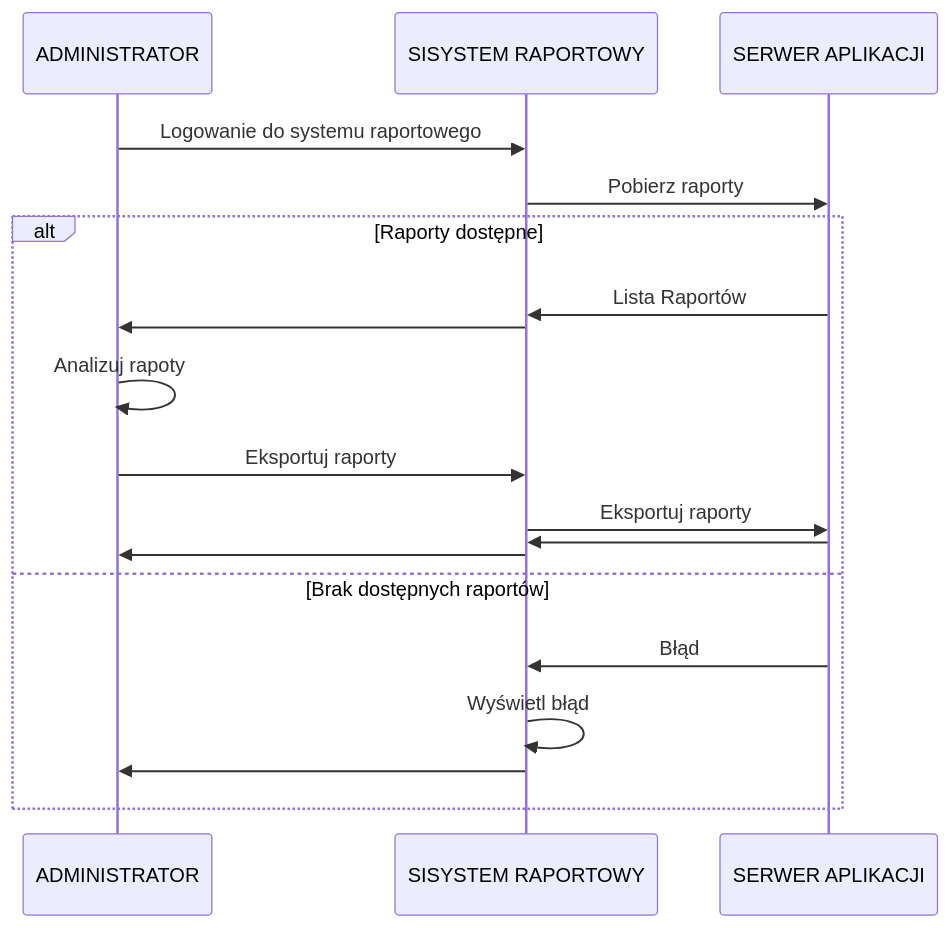
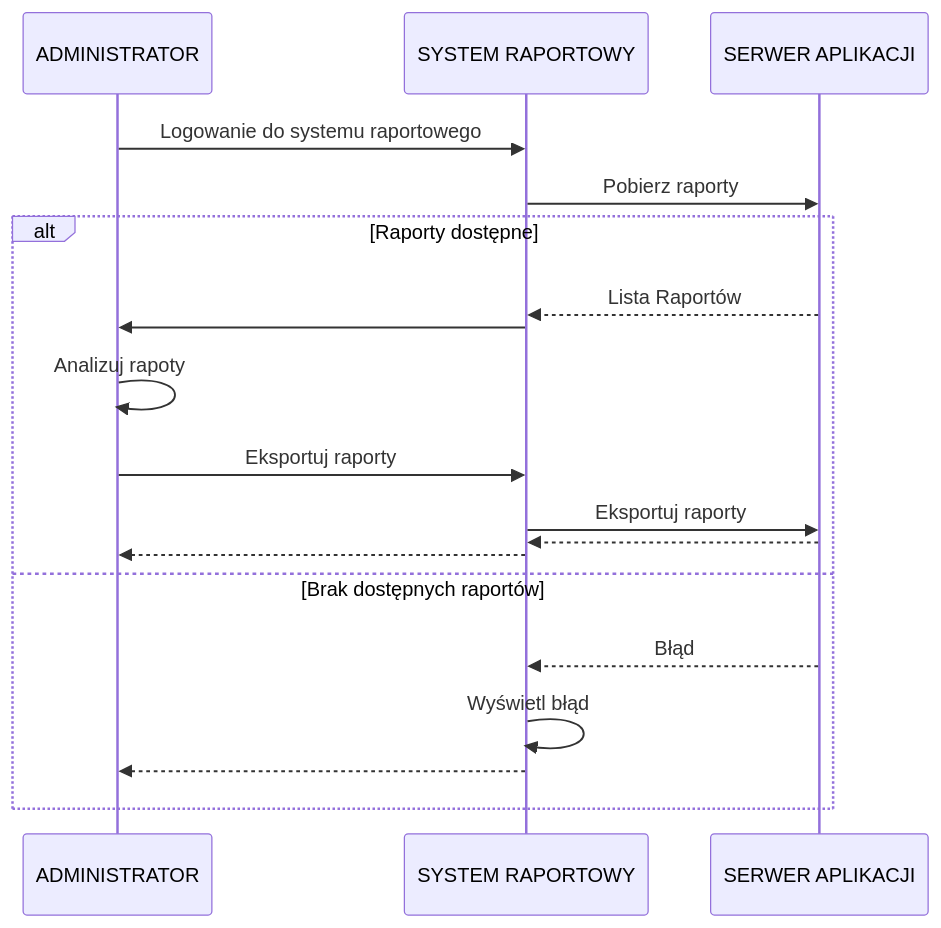
One commit to WGrot/MWO_LAB changed the fifth of 7 diagrams in adminStory.md. Above: the diagram before and after it, drawn with Mermaid.

Commit message:
Fix adminStory.md
Poprawa diagramu sekwencji - Monitorowanie wyników sprzedaży

````diff
--- a/adminStory.md
+++ b/adminStory.md
@@ -201,22 +201,22 @@
 ```mermaid
 sequenceDiagram
 PARTICIPANT ADMIN AS ADMINISTRATOR
-PARTICIPANT UI AS SISYSTEM RAPORTOWY
+PARTICIPANT UI AS SYSTEM RAPORTOWY
 PARTICIPANT SERWER AS SERWER APLIKACJI
 
 ADMIN ->> UI: Logowanie do systemu raportowego
 UI ->> SERWER: Pobierz raporty
 alt Raporty dostępne
-    SERWER ->> UI: Lista Raportów
+    SERWER -->> UI: Lista Raportów
     UI ->> ADMIN: 
     ADMIN ->> ADMIN: Analizuj rapoty
     ADMIN ->> UI: Eksportuj raporty
     UI ->> SERWER: Eksportuj raporty
-    SERWER ->> UI: 
-    UI ->> ADMIN: 
+    SERWER -->> UI: 
+    UI -->> ADMIN: 
 else Brak dostępnych raportów 
-    SERWER ->> UI: Błąd
+    SERWER -->> UI: Błąd
     UI ->> UI: Wyświetl błąd
-    UI ->> ADMIN: 
+    UI -->> ADMIN: 
 end
 ```
````
